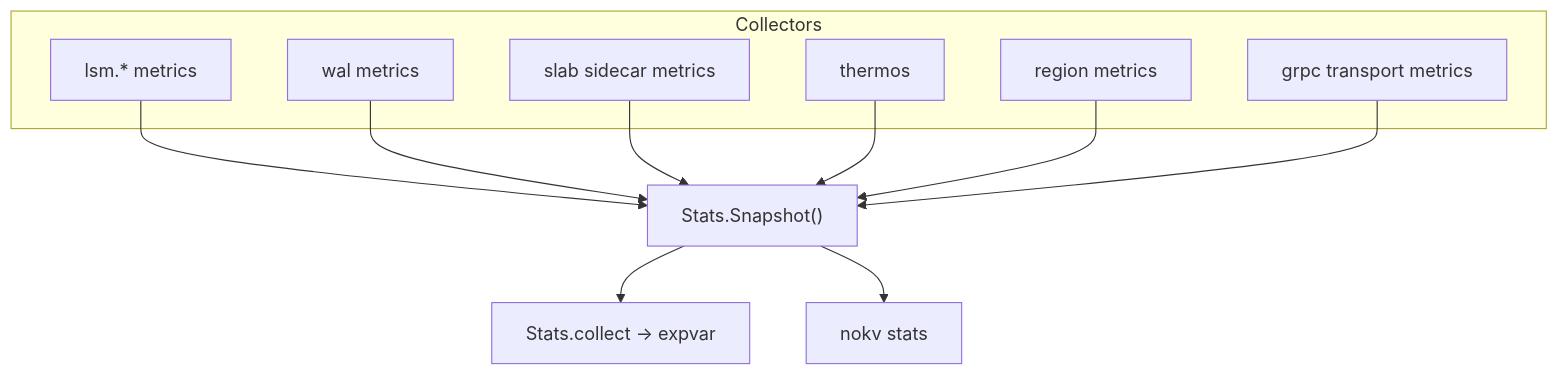
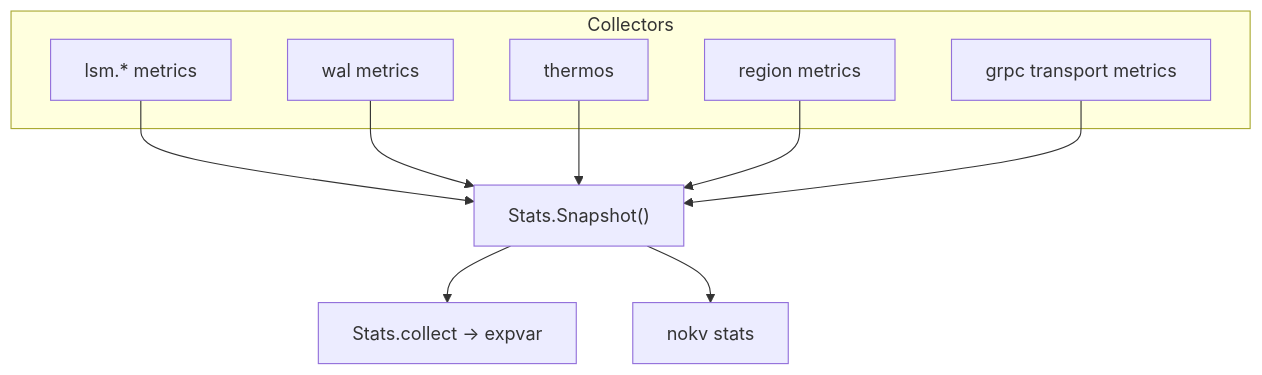
One commit to feichai0017/NoKV changed the diagram in docs/stats.md. Above: the diagram before and after it, drawn with Mermaid. The commit also changed other lines of this file and 7 other files, not shown here.

````diff
--- a/docs/stats.md
+++ b/docs/stats.md
@@ -15,19 +15,17 @@
 ```mermaid
 flowchart TD
     subgraph COLLECTORS["Collectors"]
         LSM["lsm.* metrics"]
         WAL["wal metrics"]
-        SLAB["slab sidecar metrics"]
         HOT["thermos"]
         REGION["region metrics"]
         TRANSPORT["grpc transport metrics"]
     end
     LSM --> SNAP["Stats.Snapshot()"]
     WAL --> SNAP
-    SLAB --> SNAP
     HOT --> SNAP
     REGION --> SNAP
     TRANSPORT --> SNAP
     SNAP --> EXP["Stats.collect -> expvar"]
     SNAP --> CLI["nokv stats"]
 ```
````
